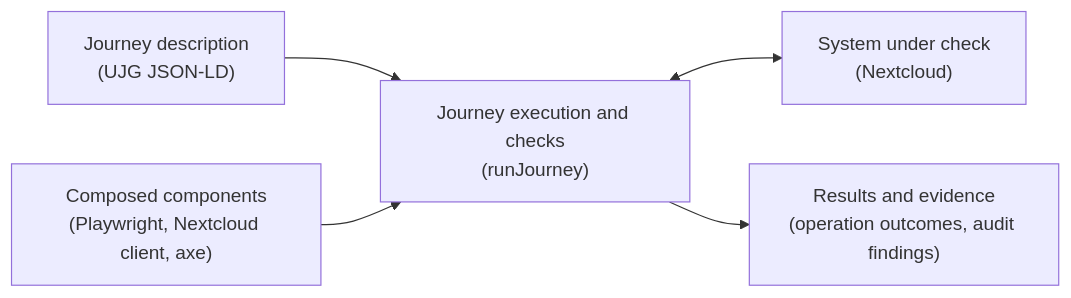
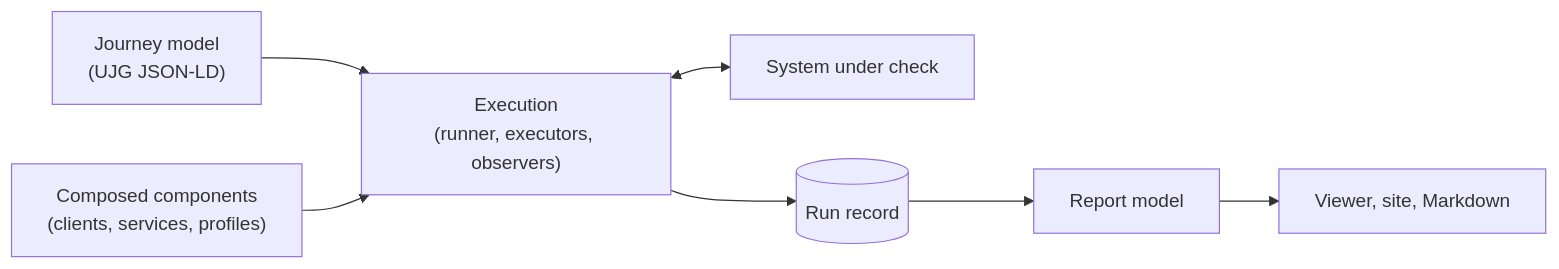
One commit to openuji/journey-mesh changed the diagram in README.md. Above: the diagram before and after it, drawn with Mermaid. The commit also changed other lines of this file and 29 other files, not shown here.

````diff
--- a/README.md
+++ b/README.md
@@ -32,7 +16,7 @@
 ```mermaid
 flowchart LR
-  journey["Journey description<br/>(UJG JSON-LD)"] --> execution["Journey execution and checks<br/>(runJourney)"]
-  components["Composed components<br/>(Playwright, Nextcloud client, axe)"] --> execution
-  execution <--> system["System under check<br/>(Nextcloud)"]
-  execution --> evidence["Results and evidence<br/>(operation outcomes, audit findings)"]
+  journey["Journey model<br/>(UJG JSON-LD)"] --> execution["Execution<br/>(runner, executors, observers)"]
+  components["Composed components<br/>(clients, services, profiles)"] --> execution
+  execution <--> system["System under check"]
+  execution --> record[("Run record")] --> report["Report model"] --> apps["Viewer, site, Markdown"]
 ```
````
